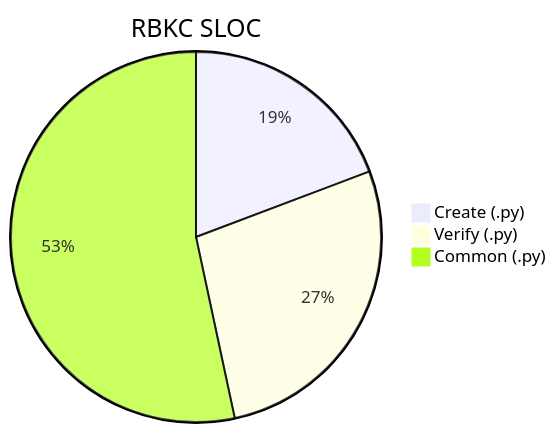
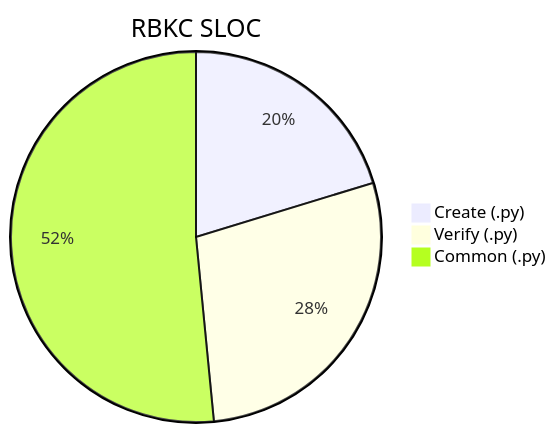
One commit to nablarch/nabledge-dev changed the tenth of 14 diagrams in docs/metrics.md. Above: the diagram before and after it, drawn with Mermaid. The commit also changed other lines of this file and 2 other files, not shown here.

````diff
--- a/docs/metrics.md
+++ b/docs/metrics.md
@@ -139,6 +139,6 @@
 ```mermaid
 pie title RBKC SLOC
-  "Create (.py)" : 1236
-  "Verify (.py)" : 1759
+  "Create (.py)" : 1348
+  "Verify (.py)" : 1873
   "Common (.py)" : 3426
 ```
````
